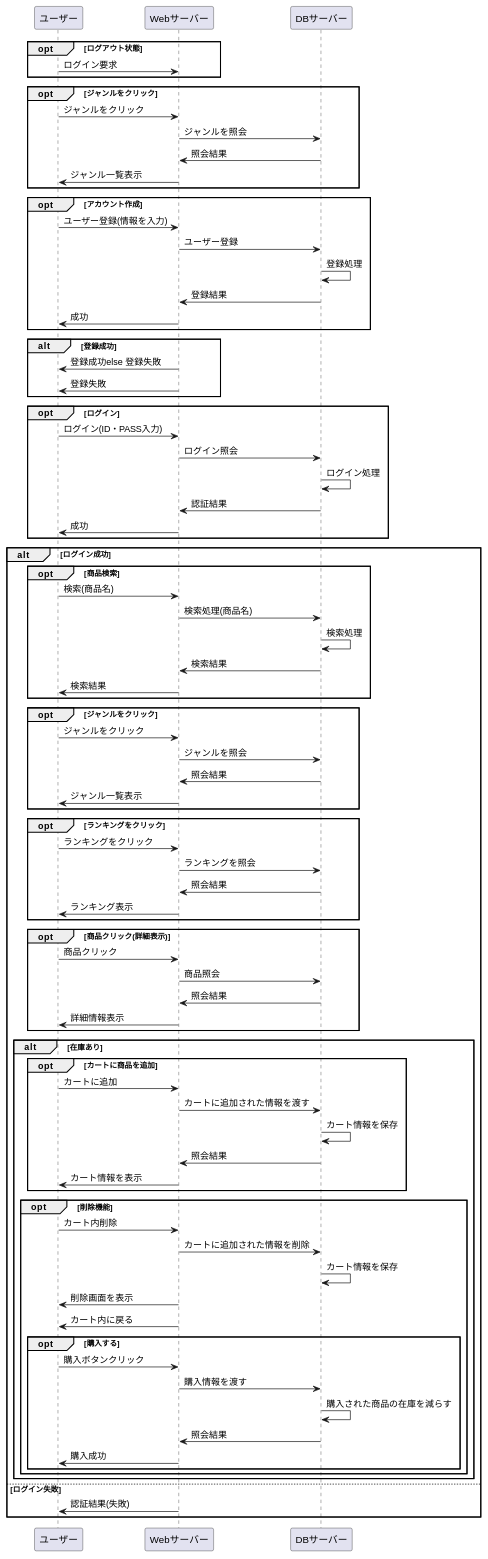
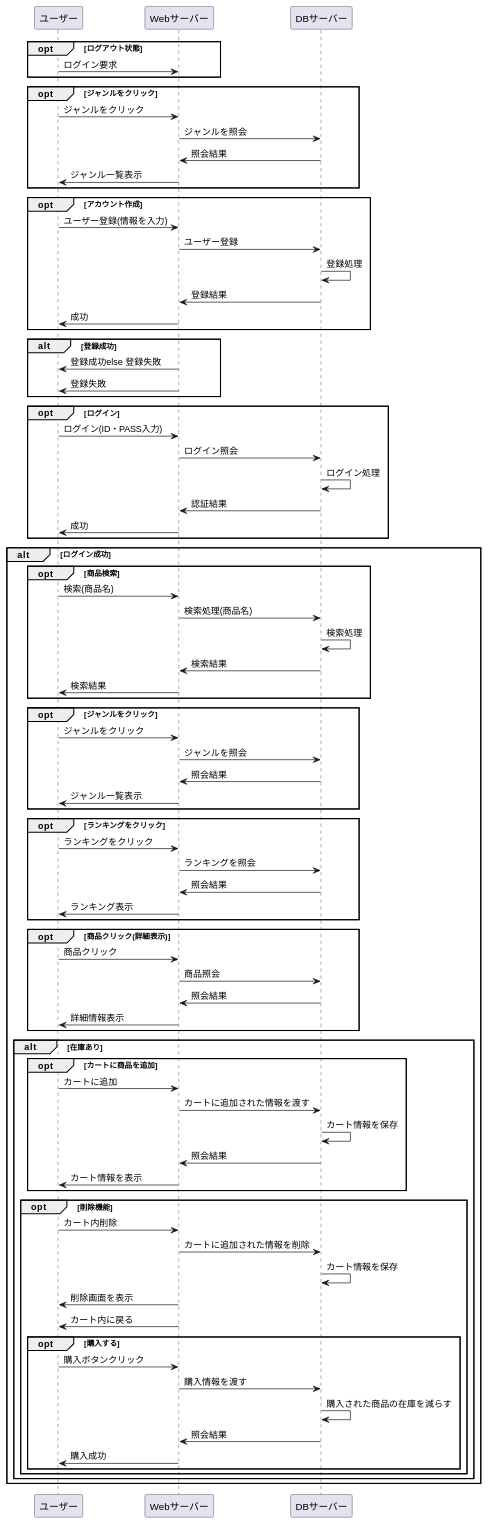
Before and after one commit to Aso2001154/2021sys-design: the diagram in stationary/業務フロー/kari1.md, drawn with PlantUML.

```diff
--- a/stationary/業務フロー/kari1.md
+++ b/stationary/業務フロー/kari1.md
@@ -92,8 +92,6 @@
 end
 
 
-else ログイン失敗
-Webサーバー -> ユーザー : 認証結果(失敗)
 end
 
 @enduml
```
